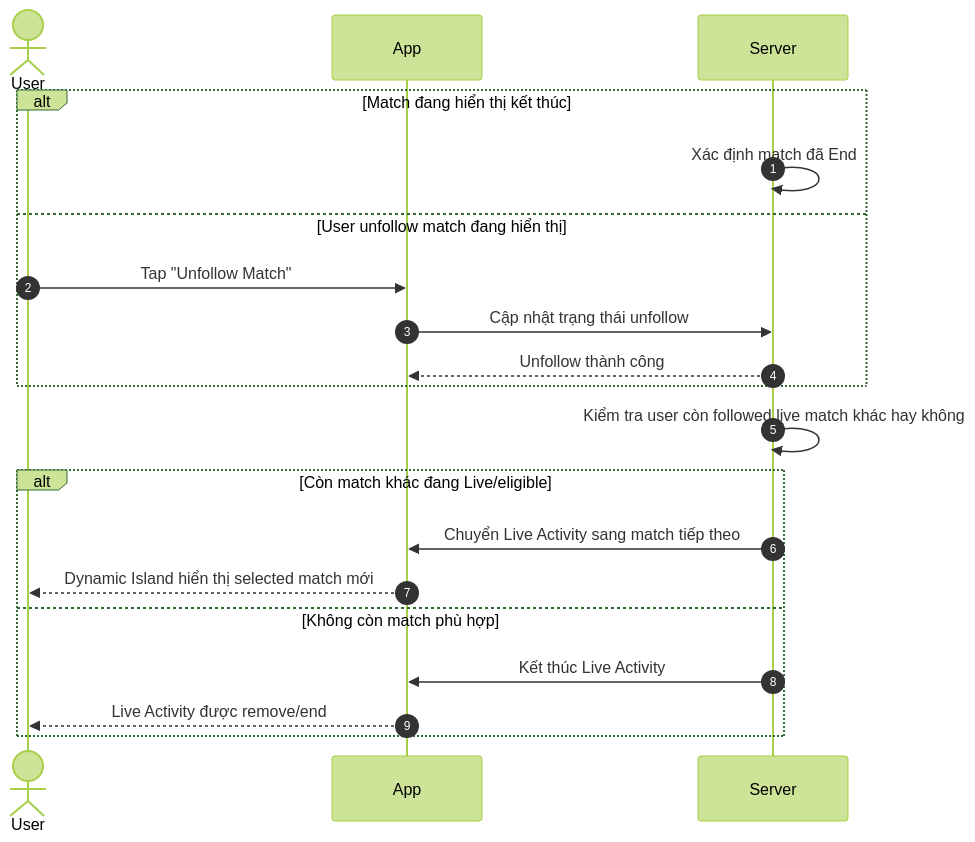
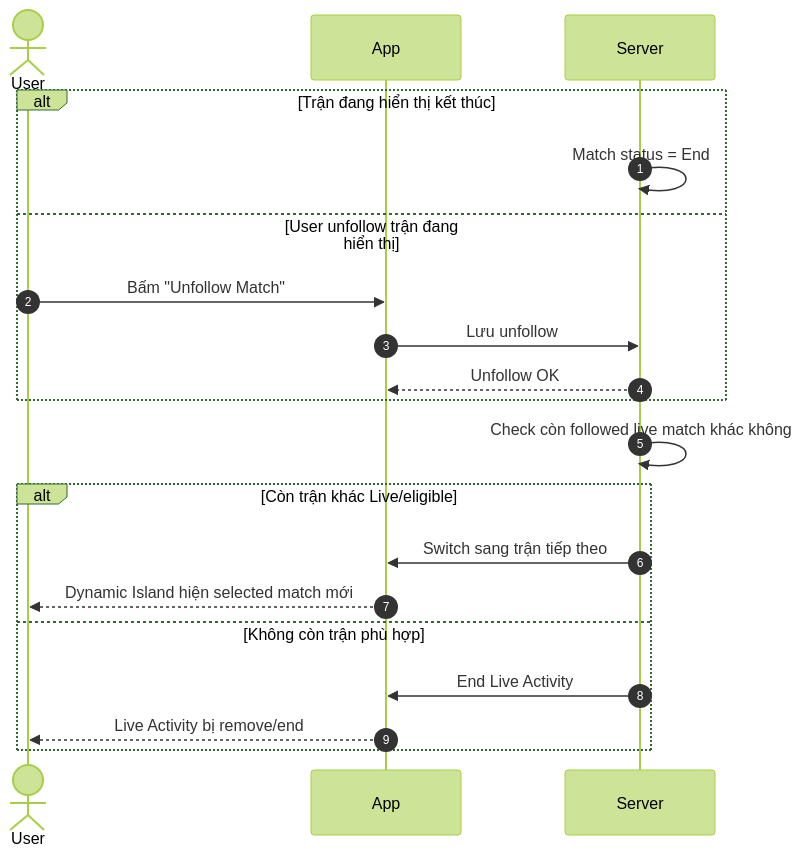
One commit to duongdang1136/FPTPLay changed the third of 4 diagrams in features/final-docs/Sport-Zone/Live-Activity/product/live-activity-user-flows-functional-requirements.md. Above: the diagram before and after it, drawn with Mermaid (forest theme). The commit also changed other lines of this file, not shown here.

Commit message:
docs: rewrite live activity requirements in caveman vietnam

````diff
--- a/features/final-docs/Sport-Zone/Live-Activity/product/live-activity-user-flows-functional-requirements.md
+++ b/features/final-docs/Sport-Zone/Live-Activity/product/live-activity-user-flows-functional-requirements.md
@@ -130,26 +137,26 @@
 ```mermaid
 sequenceDiagram
     autonumber
 
     actor User
     participant App
     participant Server
 
-    alt Match đang hiển thị kết thúc
-        Server->>Server: Xác định match đã End
-    else User unfollow match đang hiển thị
-        User->>App: Tap "Unfollow Match"
-        App->>Server: Cập nhật trạng thái unfollow
-        Server-->>App: Unfollow thành công
+    alt Trận đang hiển thị kết thúc
+        Server->>Server: Match status = End
+    else User unfollow trận đang hiển thị
+        User->>App: Bấm "Unfollow Match"
+        App->>Server: Lưu unfollow
+        Server-->>App: Unfollow OK
     end
 
-    Server->>Server: Kiểm tra user còn followed live match khác hay không
+    Server->>Server: Check còn followed live match khác không
 
-    alt Còn match khác đang Live/eligible
-        Server->>App: Chuyển Live Activity sang match tiếp theo
-        App-->>User: Dynamic Island hiển thị selected match mới
-    else Không còn match phù hợp
-        Server->>App: Kết thúc Live Activity
-        App-->>User: Live Activity được remove/end
+    alt Còn trận khác Live/eligible
+        Server->>App: Switch sang trận tiếp theo
+        App-->>User: Dynamic Island hiện selected match mới
+    else Không còn trận phù hợp
+        Server->>App: End Live Activity
+        App-->>User: Live Activity bị remove/end
     end
 ```
````
